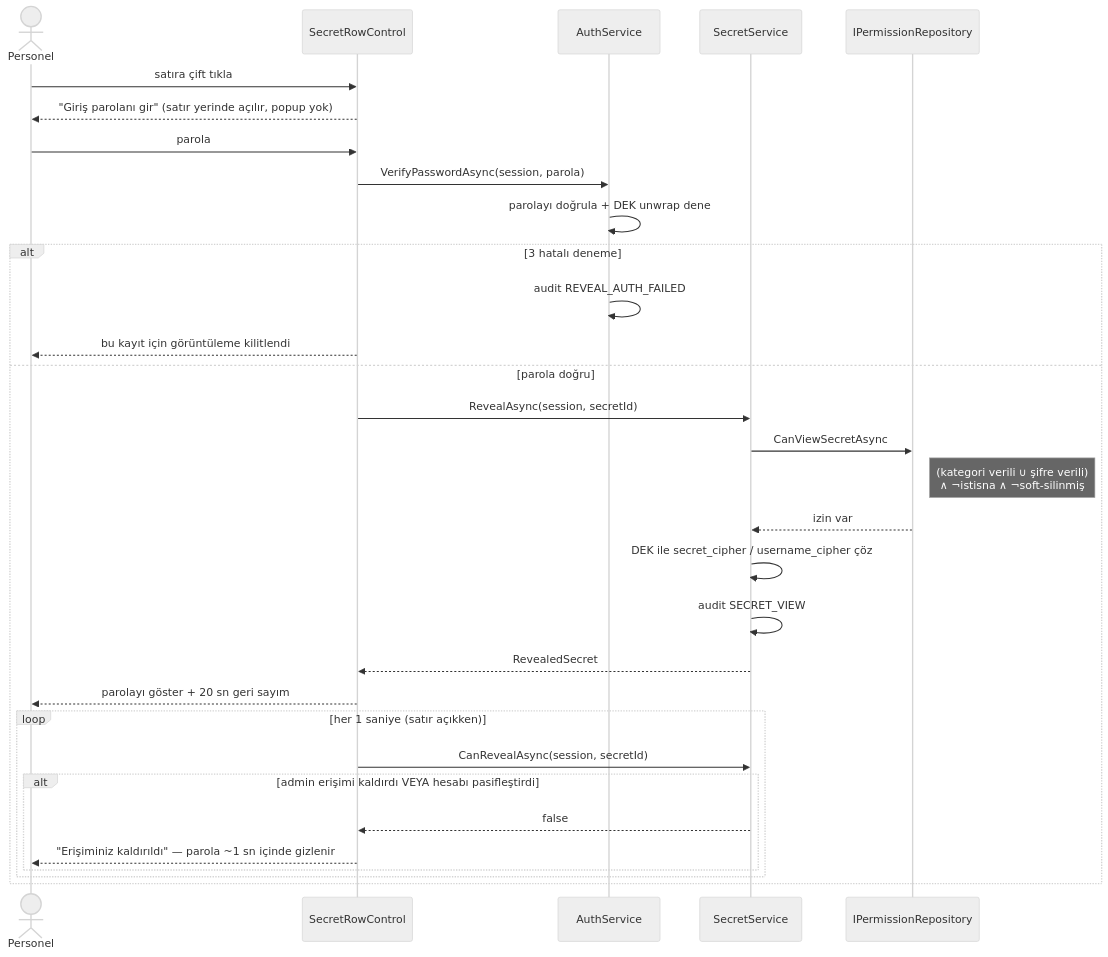
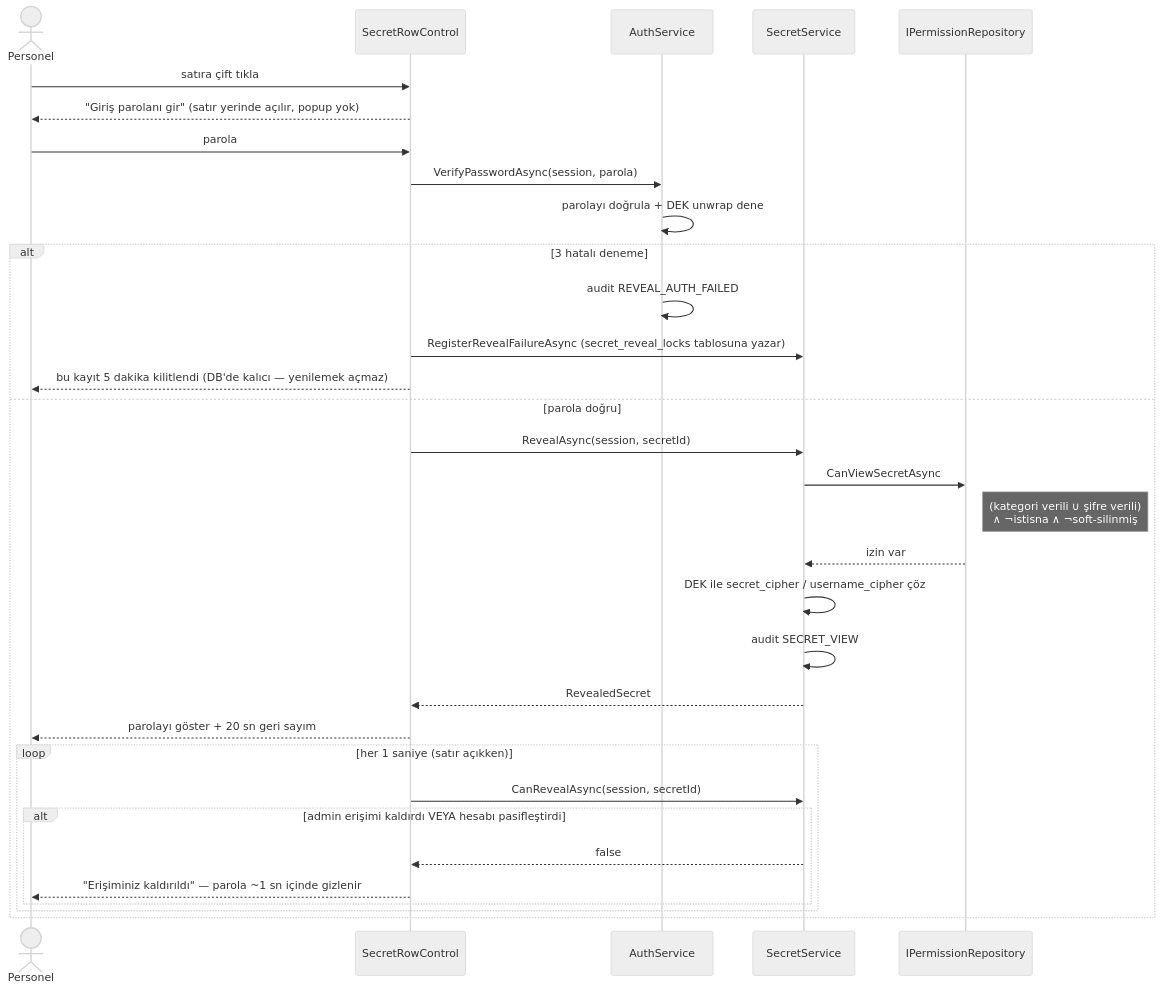
Before and after one commit to ahmetcancavdar/pwdmanager-winforms: the sixth of 8 diagrams in README.md, drawn with Mermaid (neutral theme). The commit also changed other lines of this file, not shown here.

First line of the commit message:
Clarify password reveal lockout and shell functionalities

````diff
--- a/README.md
+++ b/README.md
@@ -293,34 +293,35 @@
 ```mermaid
 sequenceDiagram
     actor P as Personel
     participant Row as SecretRowControl
     participant Auth as AuthService
     participant Sec as SecretService
     participant Perm as IPermissionRepository
 
     P->>Row: satıra çift tıkla
     Row-->>P: "Giriş parolanı gir" (satır yerinde açılır, popup yok)
     P->>Row: parola
     Row->>Auth: VerifyPasswordAsync(session, parola)
     Auth->>Auth: parolayı doğrula + DEK unwrap dene
     alt 3 hatalı deneme
         Auth->>Auth: audit REVEAL_AUTH_FAILED
-        Row-->>P: bu kayıt için görüntüleme kilitlendi
+        Row->>Sec: RegisterRevealFailureAsync (secret_reveal_locks tablosuna yazar)
+        Row-->>P: bu kayıt 5 dakika kilitlendi (DB'de kalıcı — yenilemek açmaz)
     else parola doğru
         Row->>Sec: RevealAsync(session, secretId)
         Sec->>Perm: CanViewSecretAsync
         Note right of Perm: (kategori verili ∪ şifre verili)<br/>∧ ¬istisna ∧ ¬soft-silinmiş
         Perm-->>Sec: izin var
         Sec->>Sec: DEK ile secret_cipher / username_cipher çöz
         Sec->>Sec: audit SECRET_VIEW
         Sec-->>Row: RevealedSecret
         Row-->>P: parolayı göster + 20 sn geri sayım
         loop her 1 saniye (satır açıkken)
             Row->>Sec: CanRevealAsync(session, secretId)
             alt admin erişimi kaldırdı VEYA hesabı pasifleştirdi
                 Sec-->>Row: false
                 Row-->>P: "Erişiminiz kaldırıldı" — parola ~1 sn içinde gizlenir
             end
         end
     end
 ```
````
